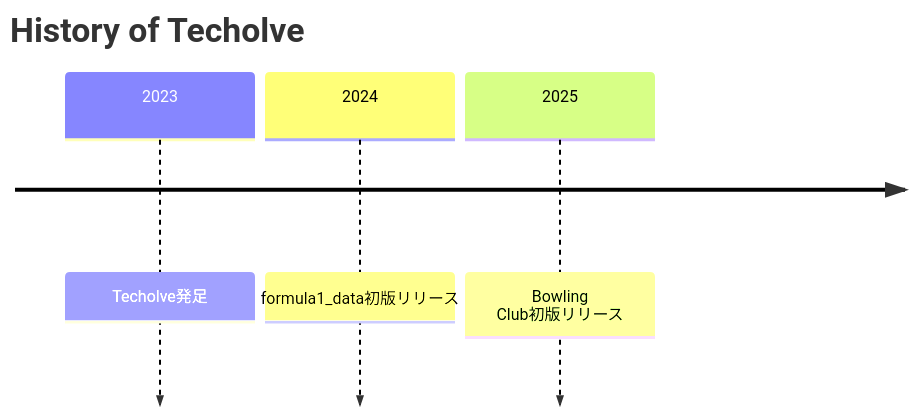
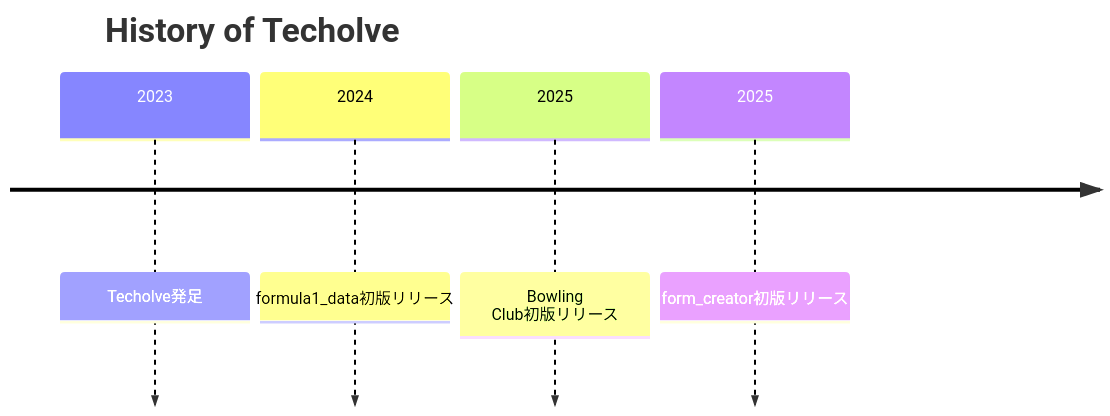
One commit to techolve/.github changed the diagram in profile/README.md. Above: the diagram before and after it, drawn with Mermaid.

Commit message:
Add form_creator release date to README

````diff
--- a/profile/README.md
+++ b/profile/README.md
@@ -5,7 +5,8 @@
 ```mermaid
 timeline
     title History of Techolve
     2023 : Techolve発足
     2024 : formula1_data初版リリース
     2025 : Bowling Club初版リリース
+    2025 : form_creator初版リリース    
 ```
````
